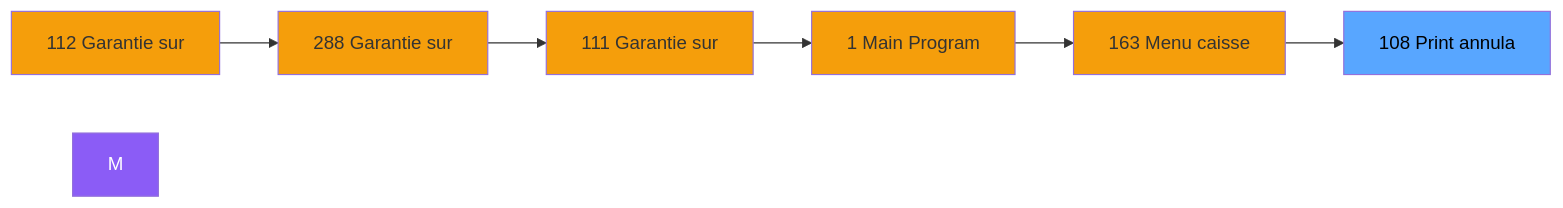
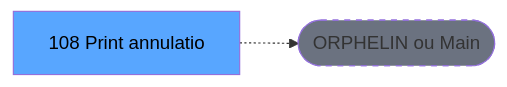
One commit to thonyAGP/lecteur-magic changed the second of 3 diagrams in .openspec/specs/ADH-IDE-108.md. Above: the diagram before and after it, drawn with Mermaid. The commit also changed other lines of this file and 701 other files, not shown here.

````diff
--- a/.openspec/specs/ADH-IDE-108.md
+++ b/.openspec/specs/ADH-IDE-108.md
@@ -116,21 +121,8 @@
 ```mermaid
 graph LR
-    N112[112 Garantie sur]
-    N288[288 Garantie sur]
-    N111[111 Garantie sur]
-    N1[1 Main Program]
-    N163[163 Menu caisse ]
-    T[108 Print annula]
-    N112 --> N288
-    N288 --> N111
-    N111 --> N1
-    N1 --> N163
-    N163 --> T
-    style M fill:#8b5cf6,color:#fff
-    style N112 fill:#f59e0b
-    style N288 fill:#f59e0b
-    style N111 fill:#f59e0b
-    style N1 fill:#f59e0b
-    style N163 fill:#f59e0b
+    T[108 Print annulatio]
+    ORPHAN([ORPHELIN ou Main])
+    T -.-> ORPHAN
     style T fill:#58a6ff,color:#000
+    style ORPHAN fill:#6b7280,stroke-dasharray: 5 5
 ```
````
